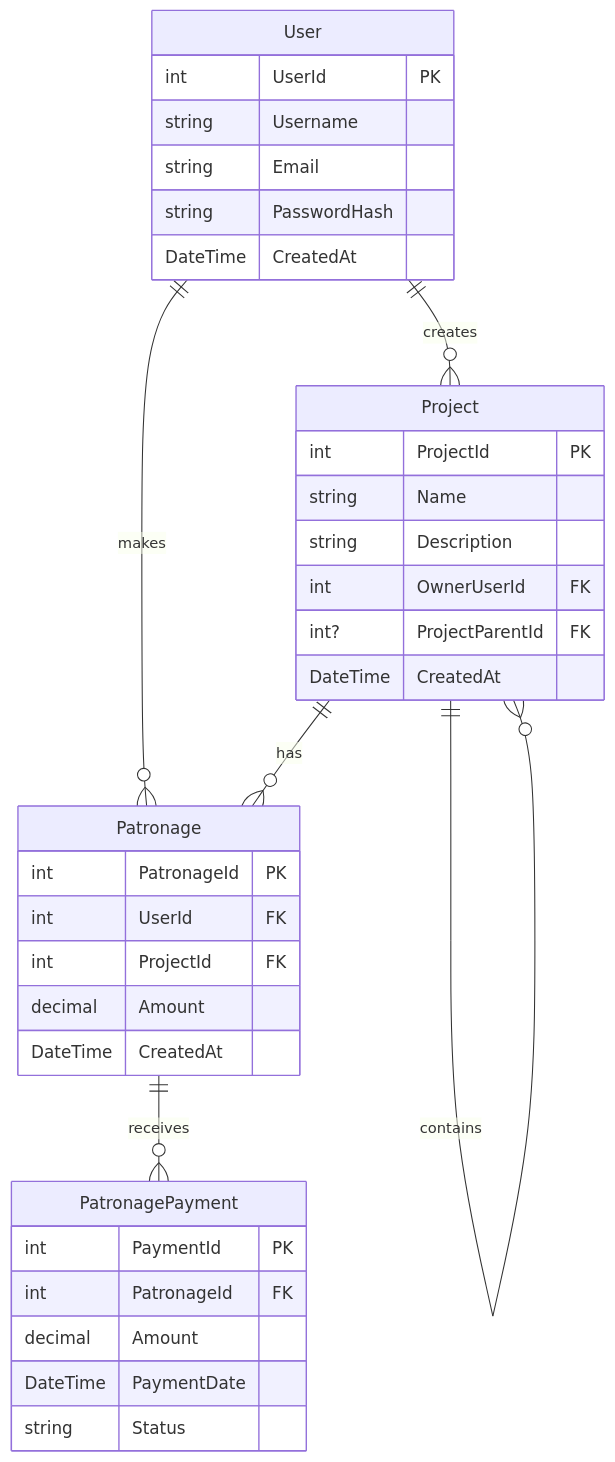
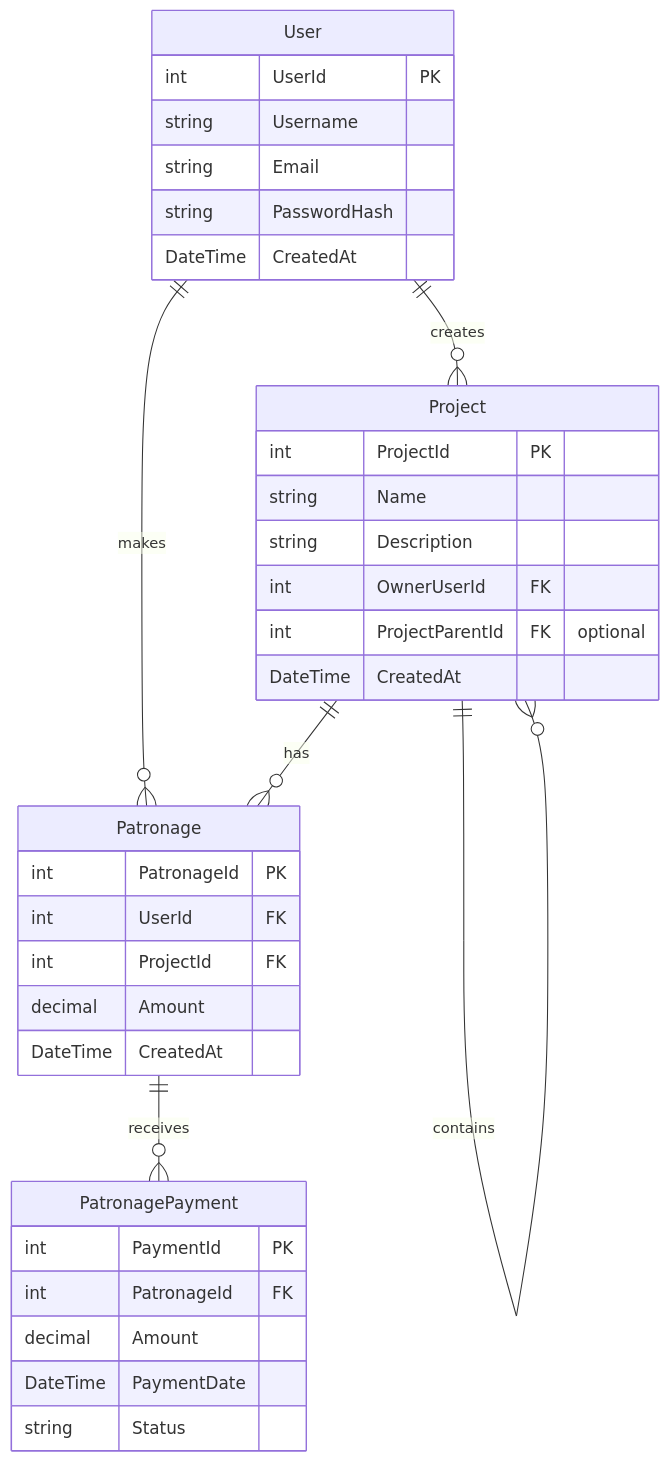
One commit to ErikPohl444/Peggy changed the diagram in docs/erd.md. Above: the diagram before and after it, drawn with Mermaid.

Commit message:
fixed mermaid notation in erd doc

````diff
--- a/docs/erd.md
+++ b/docs/erd.md
@@ -7,41 +7,41 @@
 ```mermaid
 erDiagram
     User ||--o{ Project : creates
     User ||--o{ Patronage : makes
     Project ||--o{ Patronage : has
     Patronage ||--o{ PatronagePayment : receives
     Project ||--o{ Project : contains
 
     User {
         int UserId PK
         string Username
         string Email
         string PasswordHash
         DateTime CreatedAt
     }
 
     Project {
         int ProjectId PK
         string Name
         string Description
         int OwnerUserId FK
-        int? ProjectParentId FK
+        int ProjectParentId FK "optional"
         DateTime CreatedAt
     }
 
     Patronage {
         int PatronageId PK
         int UserId FK
         int ProjectId FK
         decimal Amount
         DateTime CreatedAt
     }
 
     PatronagePayment {
         int PaymentId PK
         int PatronageId FK
         decimal Amount
         DateTime PaymentDate
         string Status
     }
 ```
````
